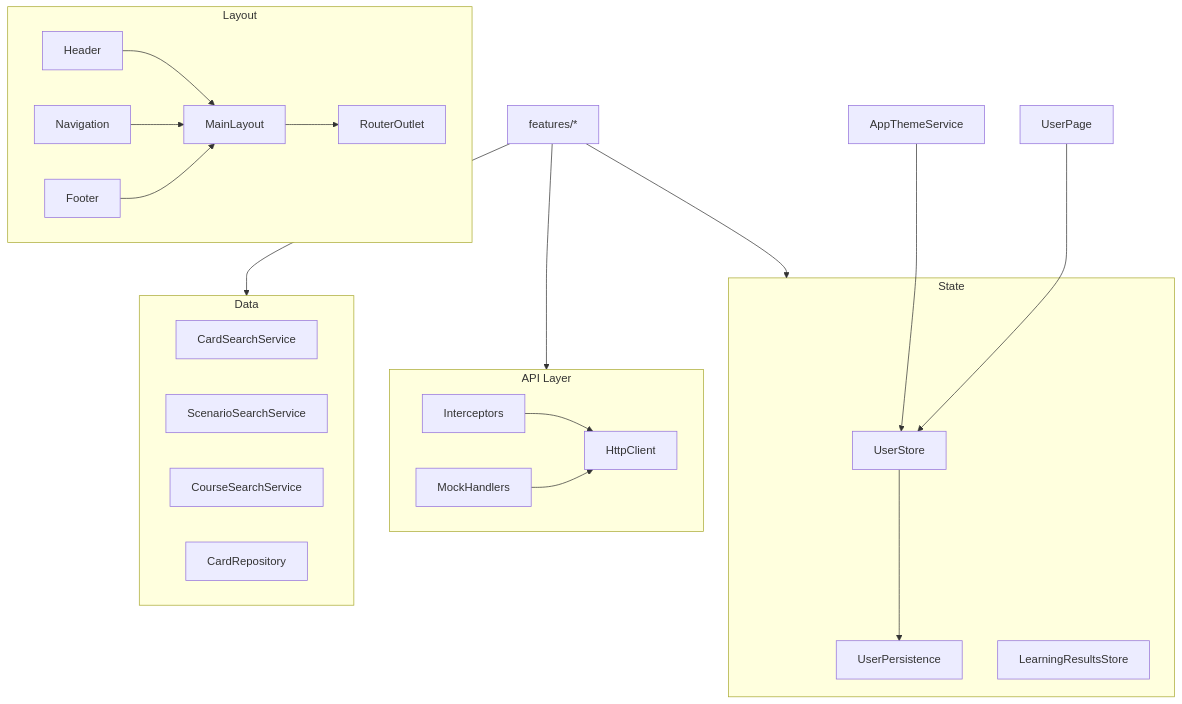
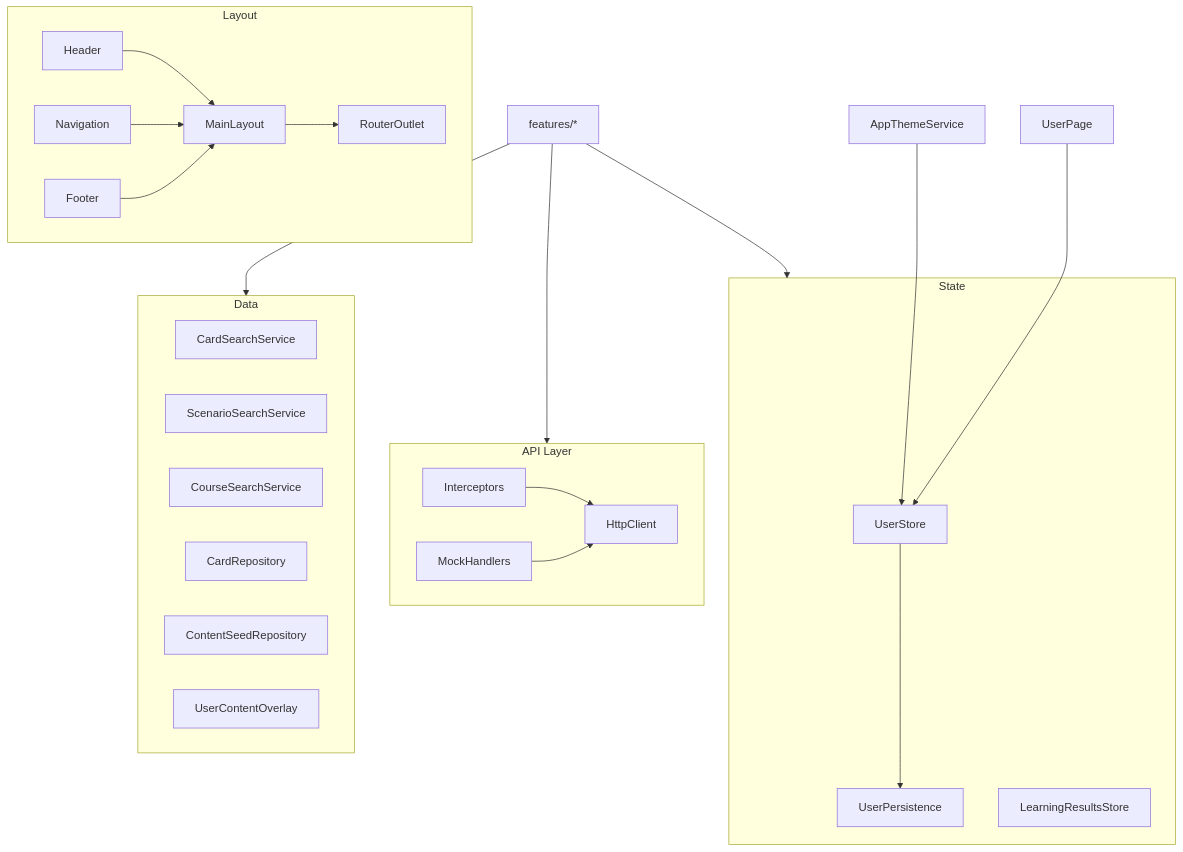
The second of 2 diagrams in docs/ARCHITECTURE.core.md (void2ptr-sketch/LinguaCode), drawn with Mermaid before and after one commit. The commit also changed other lines of this file and 11 other files, not shown here.

````diff
--- a/docs/ARCHITECTURE.core.md
+++ b/docs/ARCHITECTURE.core.md
@@ -45,32 +67,34 @@
 ```mermaid
 flowchart TB
   subgraph layout [Layout]
     Header --> MainLayout
     Navigation --> MainLayout
     Footer --> MainLayout
     MainLayout --> RouterOutlet
   end
 
   subgraph state [State]
     UserStore --> UserPersistence
     LearningResultsStore
   end
 
   subgraph api [API Layer]
     Interceptors --> HttpClient
     MockHandlers --> HttpClient
   end
 
   subgraph data [Data]
     CardSearchService
     ScenarioSearchService
     CourseSearchService
     CardRepository
+    ContentSeedRepository
+    UserContentOverlay
   end
 
   Features[features/*] --> state
   Features --> data
   Features --> api
   UserPage --> UserStore
   AppThemeService --> UserStore
 ```
````
